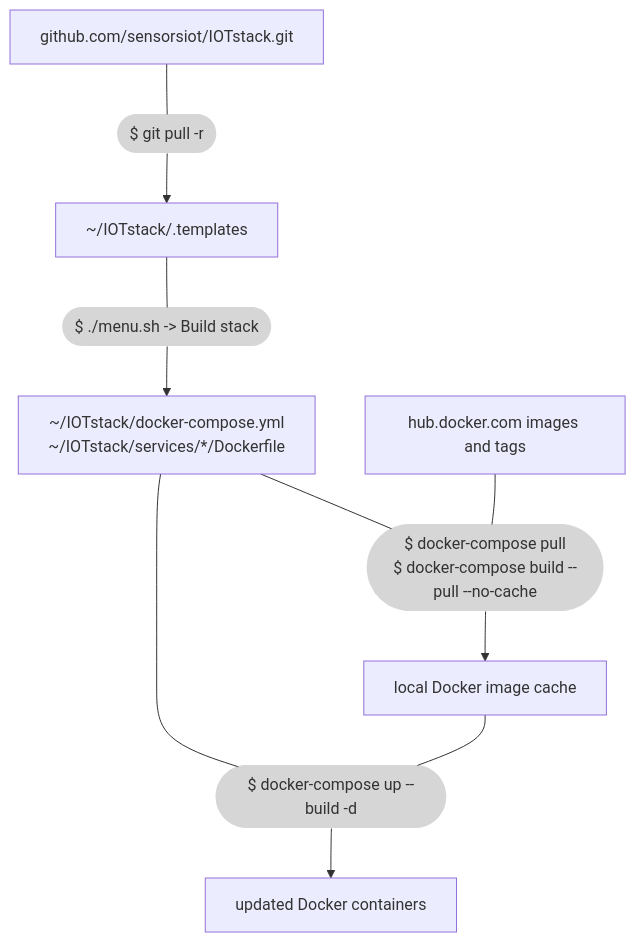
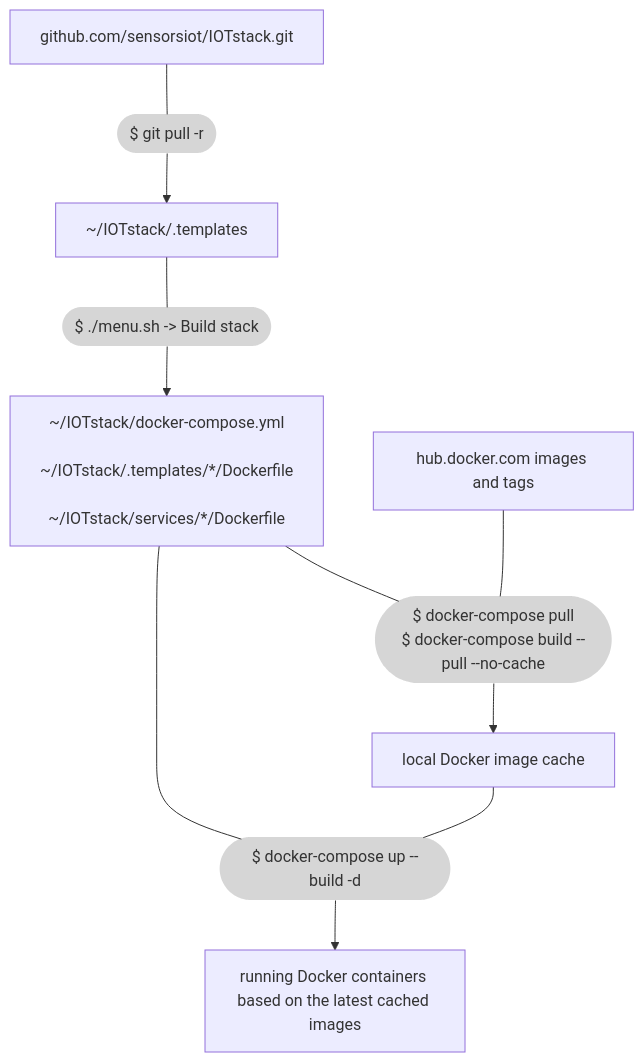
The diagram in docs/Updates/index.md (gcgarner/IOTstack), drawn with Mermaid before and after one commit. The commit also changed other lines of this file and 1 other file, not shown here.

````diff
--- a/docs/Updates/index.md
+++ b/docs/Updates/index.md
@@ -7,20 +7,22 @@
 ``` mermaid
 flowchart TD
   GIT[github.com/sensorsiot/IOTstack.git]
   GIT       --- GITPULL([$ git pull -r])
   GITPULL   --> TEMPLATES["~/IOTstack/.templates"]
   TEMPLATES --- MENU([$ ./menu.sh -> Build stack])
-  MENU      --> COMPOSE["~/IOTstack/docker-compose.yml\n~/IOTstack/services/*/Dockerfile"]
+  MENU      --> COMPOSE["~/IOTstack/docker-compose.yml
+                         ~/IOTstack/.templates/*/Dockerfile
+                         ~/IOTstack/services/*/Dockerfile"]
   COMPOSE   --- UP(["$ docker-compose up --build -d"])
 
   HUB[hub.docker.com images and tags]
   HUB       --- PULL([$ docker-compose pull\n$ docker-compose build --pull --no-cache])
   COMPOSE   --- PULL
   PULL      --> CACHE[local Docker image cache]
   CACHE     --- UP
 
-  UP        --> CONTAINER[updated Docker containers]
+  UP        --> CONTAINER[running Docker containers based on the latest cached images]
 
   classDef command fill:#9996,stroke-width:0px
   class GITPULL,MENU,UP,PULL command
 ```
````
